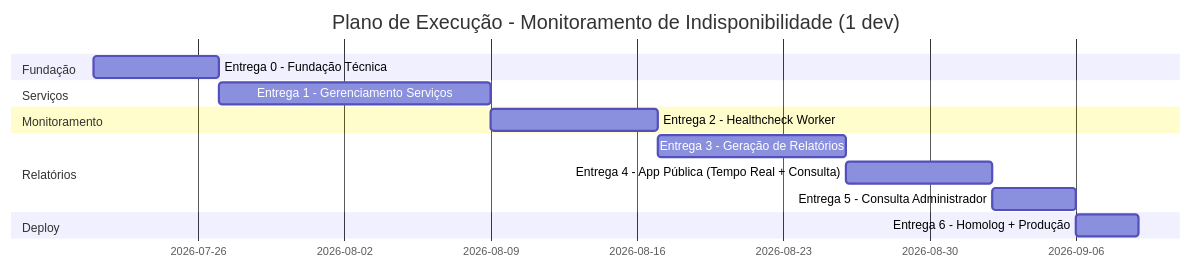
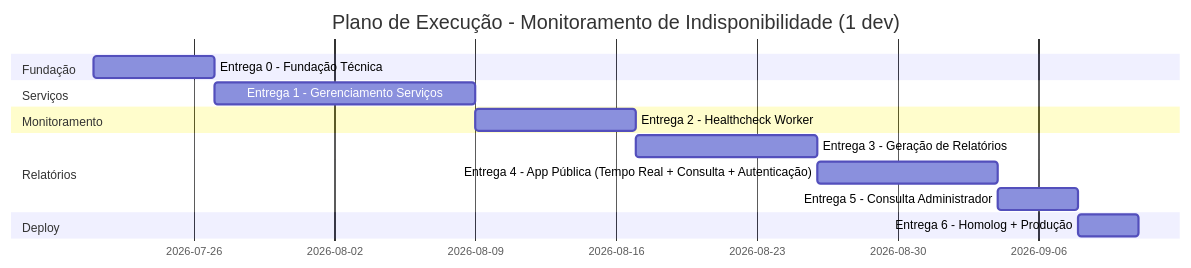
Before and after one commit to brunocesharp/indisponibilidades: the diagram in docs/execution-plans/execution-plan.md, drawn with Mermaid. The commit also changed other lines of this file and 3 other files, not shown here.

````diff
--- a/docs/execution-plans/execution-plan.md
+++ b/docs/execution-plans/execution-plan.md
@@ -429,17 +436,17 @@
 ```mermaid
 gantt
     title Plano de Execução - Monitoramento de Indisponibilidade (1 dev)
     dateFormat  YYYY-MM-DD
     section Fundação
     Entrega 0 - Fundação Técnica        :e0, 2026-07-21, 6d
     section Serviços
     Entrega 1 - Gerenciamento Serviços  :e1, after e0, 13d
     section Monitoramento
     Entrega 2 - Healthcheck Worker      :e2, after e1, 8d
     section Relatórios
     Entrega 3 - Geração de Relatórios   :e3, after e2, 9d
-    Entrega 4 - App Pública (Tempo Real + Consulta) :e4, after e3, 7d
+    Entrega 4 - App Pública (Tempo Real + Consulta + Autenticação) :e4, after e3, 9d
     Entrega 5 - Consulta Administrador  :e5, after e4, 4d
     section Deploy
     Entrega 6 - Homolog + Produção      :e6, after e5, 3d
 ```
````
